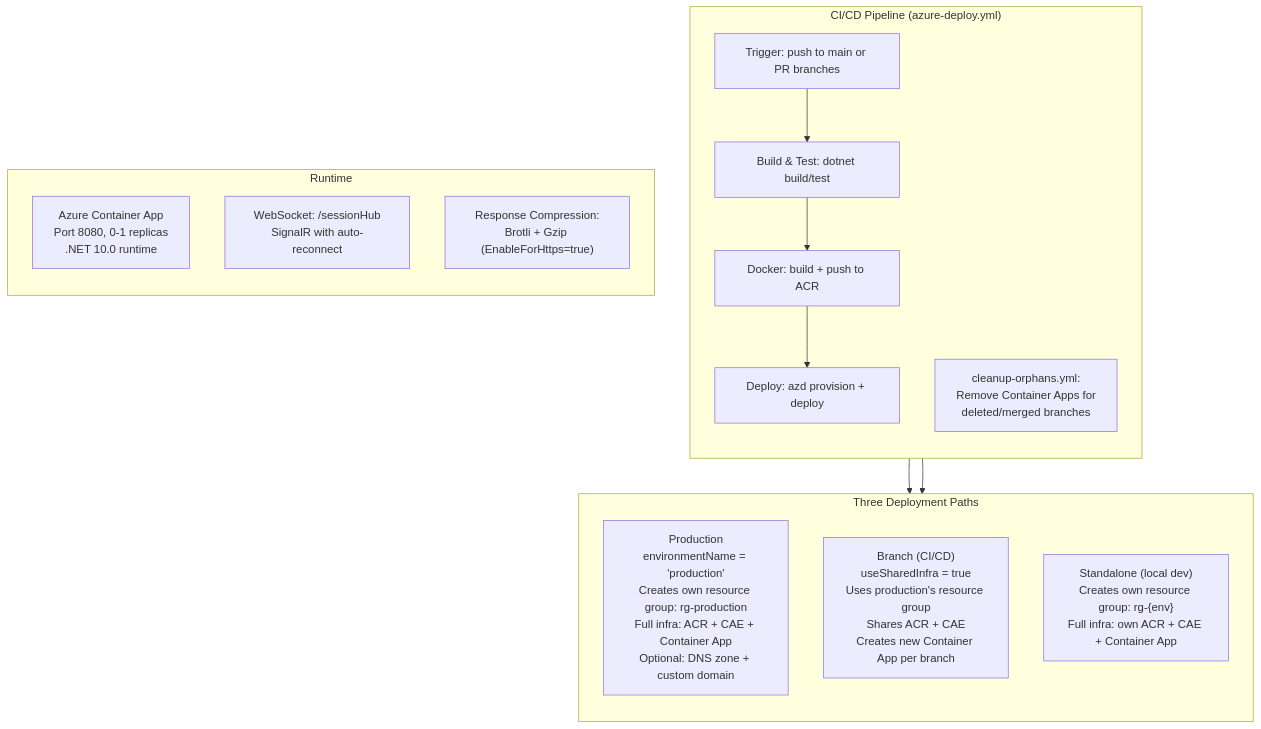
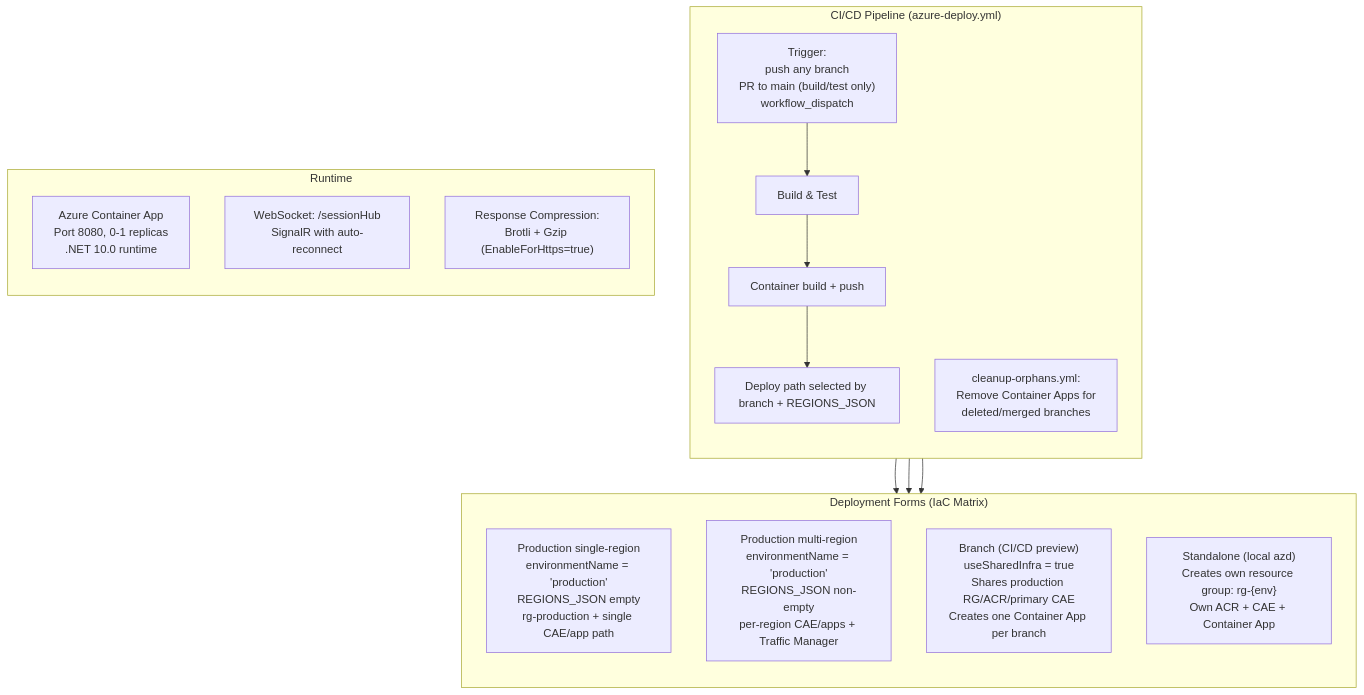
Diagram 36 of 36 in ARCHITECTURE.md (badvoidstar/astervoids), drawn with Mermaid before and after one commit. The commit also changed 4 other files, not shown here.

First line of the commit message:
Refresh docs for deployment matrix and cert flow

````diff
--- a/ARCHITECTURE.md
+++ b/ARCHITECTURE.md
@@ -1710,29 +1710,31 @@
 ```mermaid
 flowchart TB
-    subgraph "Three Deployment Paths"
+    subgraph "Deployment Forms (IaC Matrix)"
         direction TB
-        PROD["Production<br/>environmentName = 'production'<br/>Creates own resource group: rg-production<br/>Full infra: ACR + CAE + Container App<br/>Optional: DNS zone + custom domain"]
-        BRANCH["Branch (CI/CD)<br/>useSharedInfra = true<br/>Uses production's resource group<br/>Shares ACR + CAE<br/>Creates new Container App per branch"]
-        STANDALONE["Standalone (local dev)<br/>Creates own resource group: rg-{env}<br/>Full infra: own ACR + CAE + Container App"]
+        PROD1["Production single-region<br/>environmentName = 'production'<br/>REGIONS_JSON empty<br/>rg-production + single CAE/app path"]
+        PRODN["Production multi-region<br/>environmentName = 'production'<br/>REGIONS_JSON non-empty<br/>per-region CAE/apps + Traffic Manager"]
+        BRANCH["Branch (CI/CD preview)<br/>useSharedInfra = true<br/>Shares production RG/ACR/primary CAE<br/>Creates one Container App per branch"]
+        STANDALONE["Standalone (local azd)<br/>Creates own resource group: rg-{env}<br/>Own ACR + CAE + Container App"]
     end
 
     subgraph "CI/CD Pipeline (azure-deploy.yml)"
         direction TB
-        TRIGGER["Trigger: push to main or PR branches"]
-        BUILD["Build & Test: dotnet build/test"]
-        DOCKER["Docker: build + push to ACR"]
-        DEPLOY["Deploy: azd provision + deploy"]
+        TRIGGER["Trigger:<br/>push any branch<br/>PR to main (build/test only)<br/>workflow_dispatch"]
+        BUILD["Build & Test"]
+        DOCKER["Container build + push"]
+        DEPLOY["Deploy path selected by branch + REGIONS_JSON"]
         CLEANUP["cleanup-orphans.yml:<br/>Remove Container Apps for<br/>deleted/merged branches"]
     end
 
     subgraph "Runtime"
         direction TB
         CA["Azure Container App<br/>Port 8080, 0-1 replicas<br/>.NET 10.0 runtime"]
         WS["WebSocket: /sessionHub<br/>SignalR with auto-reconnect"]
         COMP["Response Compression:<br/>Brotli + Gzip (EnableForHttps=true)"]
     end
 
     TRIGGER --> BUILD --> DOCKER --> DEPLOY
-    DEPLOY --> PROD
+    DEPLOY --> PROD1
+    DEPLOY --> PRODN
     DEPLOY --> BRANCH
 ```
````
